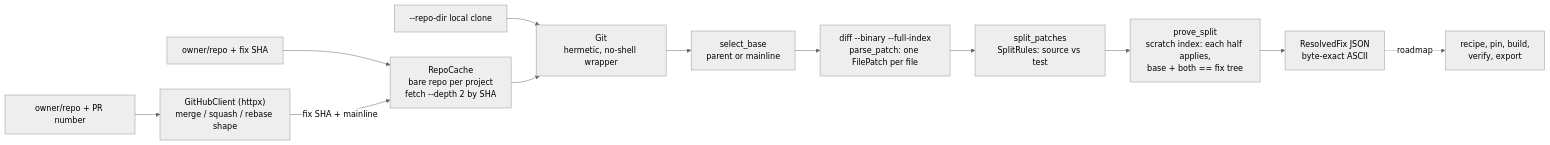
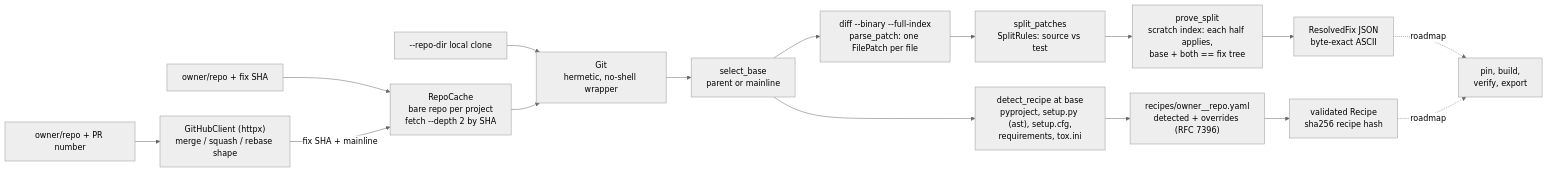
Before and after one commit to vipul21435/reporewind: the diagram in README.md, drawn with Mermaid (neutral theme). The commit also changed other lines of this file and 4 other files, not shown here.

First line of the commit message:
docs: document the recipe stage with real recipes for markupsafe and attrs; tick slice 3

````diff
--- a/README.md
+++ b/README.md
@@ -222,14 +384,18 @@
 ```mermaid
 flowchart LR
     SHA["owner/repo + fix SHA"] --> CACHE
     PR["owner/repo + PR number"] --> GH["GitHubClient (httpx)<br/>merge / squash / rebase shape"]
     GH -->|"fix SHA + mainline"| CACHE["RepoCache<br/>bare repo per project<br/>fetch --depth 2 by SHA"]
     LOCAL["--repo-dir local clone"] --> GIT
     CACHE --> GIT["Git<br/>hermetic, no-shell wrapper"]
     GIT --> BASE["select_base<br/>parent or mainline"]
     BASE --> DIFF["diff --binary --full-index<br/>parse_patch: one FilePatch per file"]
     DIFF --> SPLIT["split_patches<br/>SplitRules: source vs test"]
     SPLIT --> PROOF["prove_split<br/>scratch index: each half applies,<br/>base + both == fix tree"]
     PROOF --> JSON["ResolvedFix JSON<br/>byte-exact ASCII"]
-    JSON -.->|roadmap| NEXT["recipe, pin, build,<br/>verify, export"]
+    BASE --> DETECT["detect_recipe at base<br/>pyproject, setup.py (ast), setup.cfg,<br/>requirements, tox.ini"]
+    DETECT --> STORE["recipes/owner__repo.yaml<br/>detected + overrides (RFC 7396)"]
+    STORE --> RECIPE["validated Recipe<br/>sha256 recipe hash"]
+    JSON -.->|roadmap| NEXT["pin, build,<br/>verify, export"]
+    RECIPE -.->|roadmap| NEXT
 ```
````
